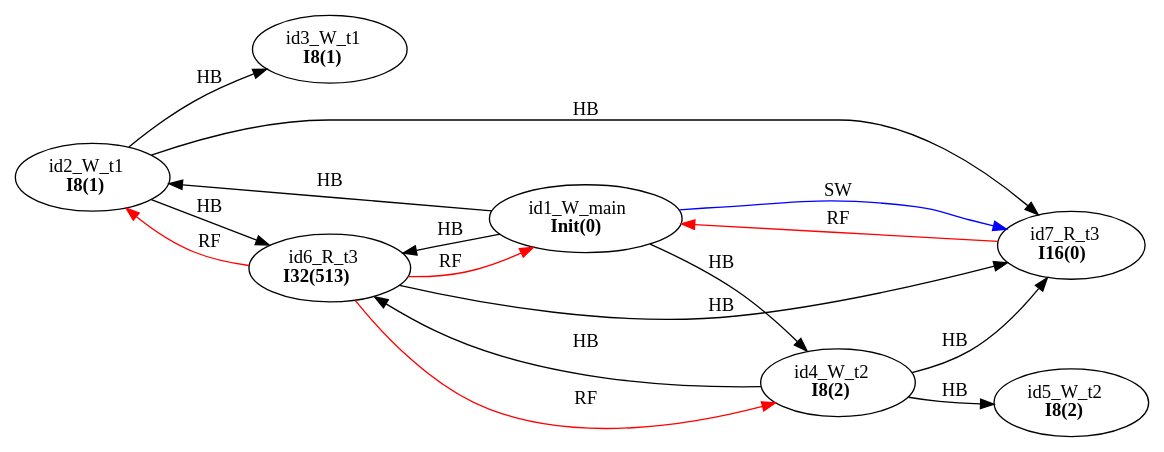
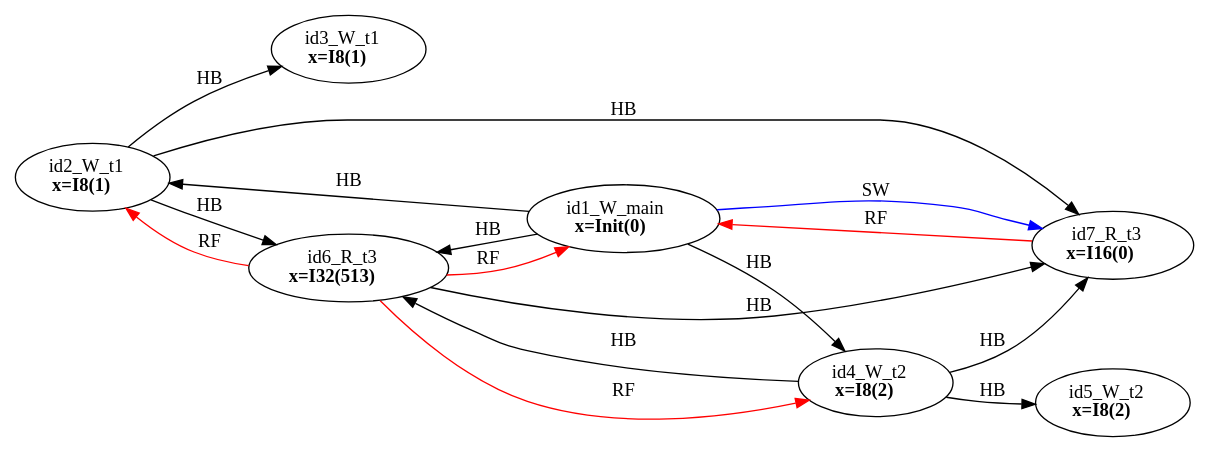
Before and after one commit to FMJS/EMME: the diagram in examples/single_var/sv_simple15/mm5.dot, drawn with Graphviz. The commit also changed 257 other files, not shown here.

```diff
--- a/examples/single_var/sv_simple15/mm5.dot
+++ b/examples/single_var/sv_simple15/mm5.dot
@@ -1,26 +1,26 @@
 digraph memory_model {
 rankdir=LR;
 splines=true; esep=0.5;
 id2_W_t1 -> id3_W_t1 [label = "HB", color="black"];
 id4_W_t2 -> id5_W_t2 [label = "HB", color="black"];
 id6_R_t3 -> id7_R_t3 [label = "HB", color="black"];
 id1_W_main -> id2_W_t1 [label = "HB", color="black"];
 id1_W_main -> id4_W_t2 [label = "HB", color="black"];
 id1_W_main -> id6_R_t3 [label = "HB", color="black"];
 id2_W_t1 -> id6_R_t3 [label = "HB", color="black"];
 id2_W_t1 -> id7_R_t3 [label = "HB", color="black"];
 id4_W_t2 -> id6_R_t3 [label = "HB", color="black"];
 id4_W_t2 -> id7_R_t3 [label = "HB", color="black"];
 id6_R_t3 -> id1_W_main [label = "RF", color="red"];
 id6_R_t3 -> id2_W_t1 [label = "RF", color="red"];
 id6_R_t3 -> id4_W_t2 [label = "RF", color="red"];
 id7_R_t3 -> id1_W_main [label = "RF", color="red"];
 id1_W_main -> id7_R_t3 [label = "SW", color="blue"];
-id1_W_main [label=<id1_W_main<br/><B>Init(0)</B>>, pos="5.0,4!"]
-id2_W_t1 [label=<id2_W_t1<br/><B>I8(1)</B>>, pos="0,2!"]
-id3_W_t1 [label=<id3_W_t1<br/><B>I8(1)</B>>, pos="0,0!"]
-id4_W_t2 [label=<id4_W_t2<br/><B>I8(2)</B>>, pos="5,2!"]
-id5_W_t2 [label=<id5_W_t2<br/><B>I8(2)</B>>, pos="5,0!"]
-id6_R_t3 [label=<id6_R_t3<br/><B>I32(513)</B>>, pos="10,2!"]
-id7_R_t3 [label=<id7_R_t3<br/><B>I16(0)</B>>, pos="10,0!"]
+id1_W_main [label=<id1_W_main<br/><B>x=Init(0)</B>>, pos="5.0,4!"]
+id2_W_t1 [label=<id2_W_t1<br/><B>x=I8(1)</B>>, pos="0,2!"]
+id3_W_t1 [label=<id3_W_t1<br/><B>x=I8(1)</B>>, pos="0,0!"]
+id4_W_t2 [label=<id4_W_t2<br/><B>x=I8(2)</B>>, pos="5,2!"]
+id5_W_t2 [label=<id5_W_t2<br/><B>x=I8(2)</B>>, pos="5,0!"]
+id6_R_t3 [label=<id6_R_t3<br/><B>x=I32(513)</B>>, pos="10,2!"]
+id7_R_t3 [label=<id7_R_t3<br/><B>x=I16(0)</B>>, pos="10,0!"]
 }
```
